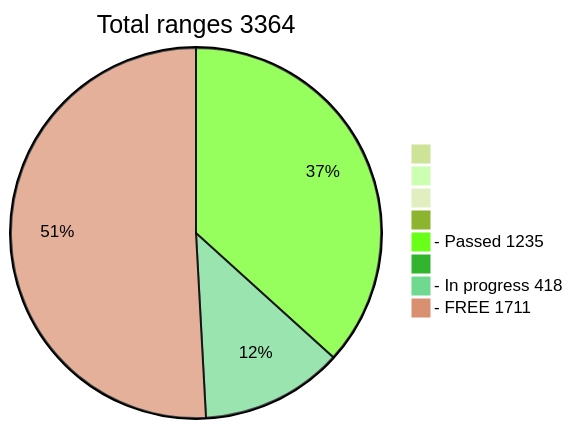
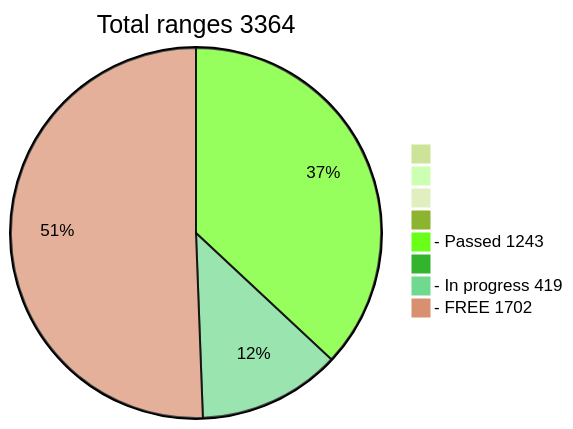
One commit to phrutis/wif500 changed the diagram in README.md. Above: the diagram before and after it, drawn with Mermaid (forest theme).

````diff
--- a/README.md
+++ b/README.md
@@ -16,12 +16,12 @@
 ```mermaid
 pie title Total ranges 3364
              " " : 0
             "  " : 0
            "   " : 0
           "    " : 0
-  "- Passed 1235" : 1235
+  "- Passed 1243" : 1243
          "     " : 0
-  "- In progress 418" : 418
-   "- FREE 1711" : 1711
+  "- In progress 419" : 419
+   "- FREE 1702" : 1702
    
 ```
````
